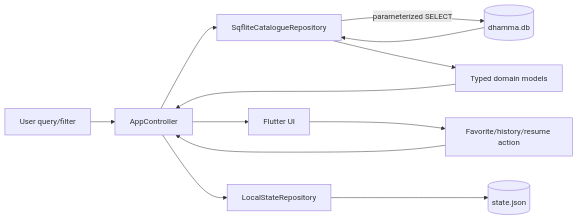
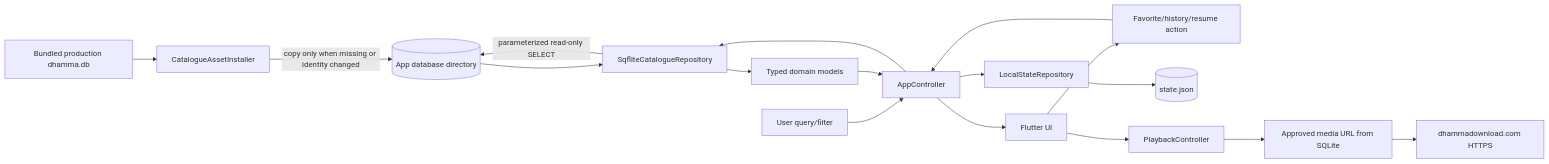
The diagram in docs/architecture/data-flow.md (AungMyoKyaw/dhamma-echo-flutter-mobile), drawn with Mermaid before and after one commit. The commit also changed other lines of this file and 3 other files, not shown here.

Commit message:
docs: document the local production catalogue flow

````diff
--- a/docs/architecture/data-flow.md
+++ b/docs/architecture/data-flow.md
@@ -3,12 +3,18 @@
 ```mermaid
 flowchart LR
+    A[Bundled production dhamma.db] --> I[CatalogueAssetInstaller]
+    I -->|copy only when missing or identity changed| DB[(App database directory)]
     Q[User query/filter] --> AC[AppController]
     AC --> R[SqfliteCatalogueRepository]
-    R -->|parameterized SELECT| DB[(dhamma.db)]
+    R -->|parameterized read-only SELECT| DB
     DB --> R --> M[Typed domain models]
     M --> AC --> UI[Flutter UI]
 
     UI --> F[Favorite/history/resume action]
     F --> AC --> S[LocalStateRepository]
     S --> J[(state.json)]
+
+    UI --> P[PlaybackController]
+    P --> U[Approved media URL from SQLite]
+    U --> N[dhammadownload.com HTTPS]
 ```
````
